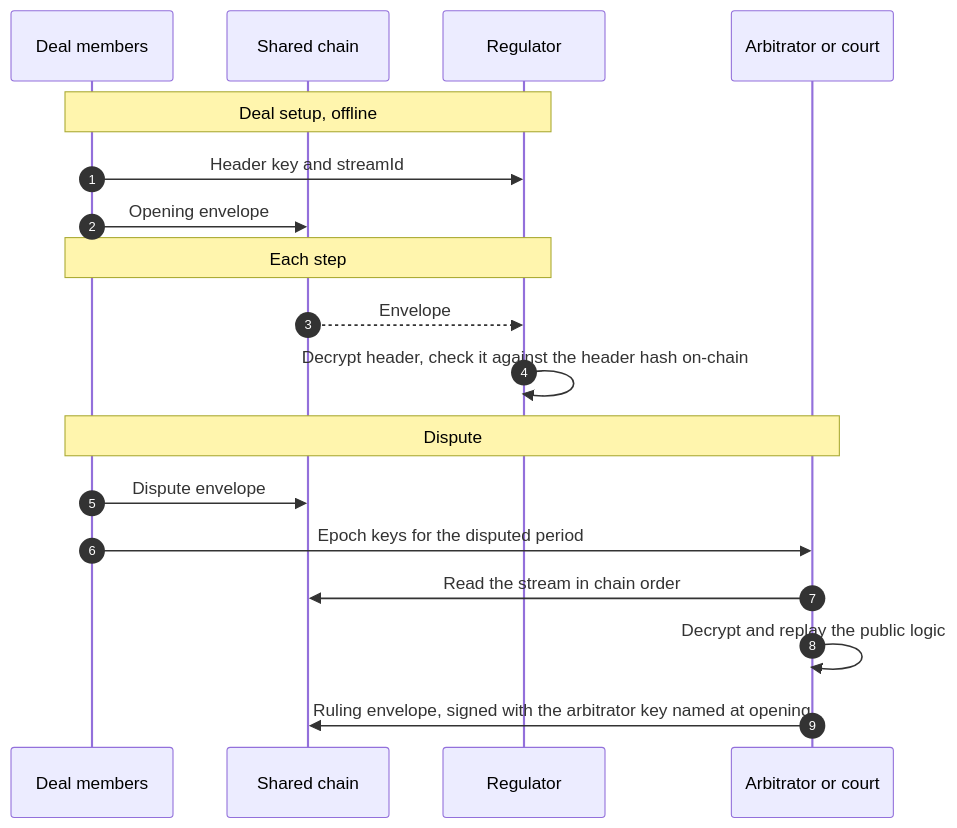
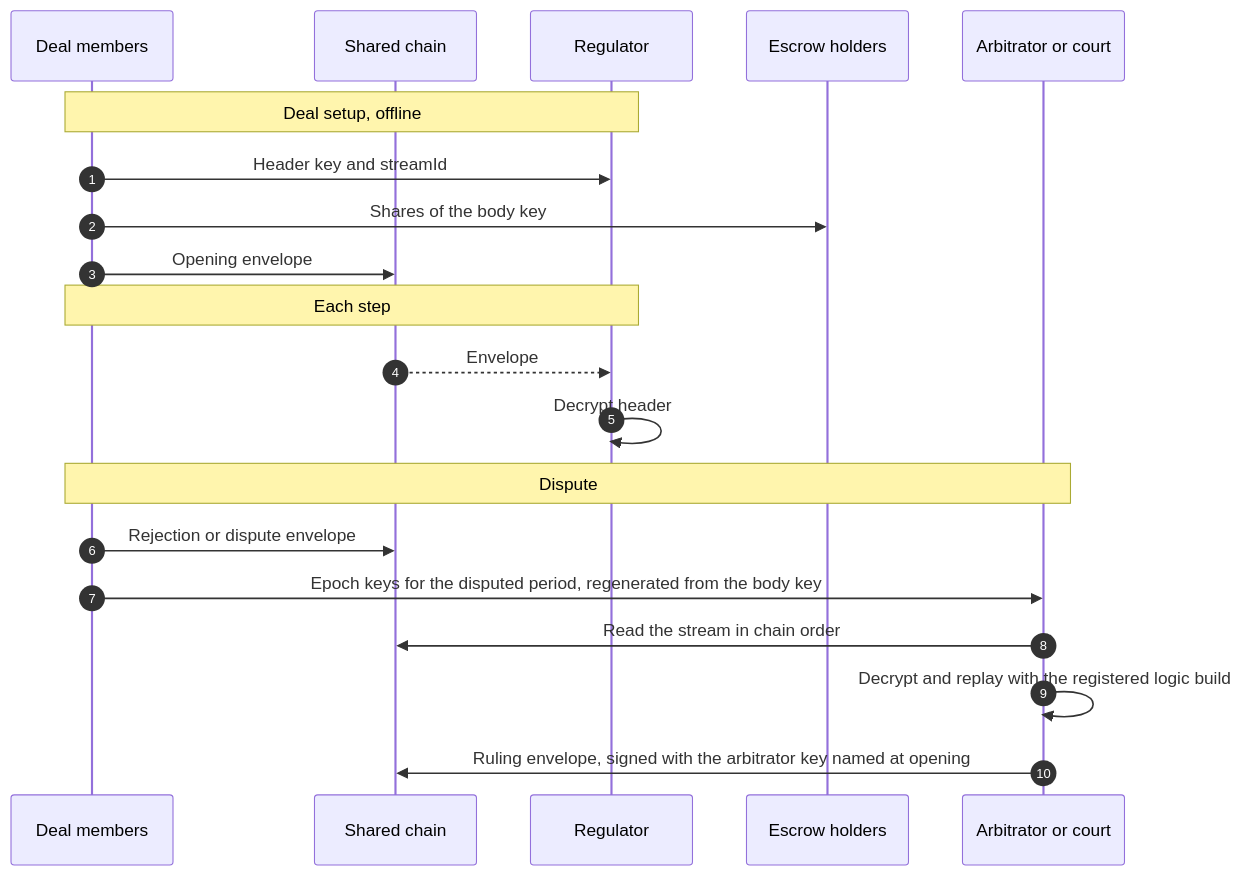
One commit to finos-hack/cdm-collateral changed the eighth of 9 diagrams in docs/architecture/onchain-privacy.md. Above: the diagram before and after it, drawn with Mermaid. The commit also changed other lines of this file, not shown here.

````diff
--- a/docs/architecture/onchain-privacy.md
+++ b/docs/architecture/onchain-privacy.md
@@ -568,22 +608,24 @@
 ```mermaid
 sequenceDiagram
   autonumber
   participant M as Deal members
   participant C as Shared chain
   participant R as Regulator
+  participant E as Escrow holders
   participant X as Arbitrator or court
 
   Note over M,R: Deal setup, offline
   M->>R: Header key and streamId
+  M->>E: Shares of the body key
   M->>C: Opening envelope
   Note over M,R: Each step
   C-->>R: Envelope
-  R->>R: Decrypt header, check it against the header hash on-chain
+  R->>R: Decrypt header
 
   Note over M,X: Dispute
-  M->>C: Dispute envelope
-  M->>X: Epoch keys for the disputed period
+  M->>C: Rejection or dispute envelope
+  M->>X: Epoch keys for the disputed period, regenerated from the body key
   X->>C: Read the stream in chain order
-  X->>X: Decrypt and replay the public logic
+  X->>X: Decrypt and replay with the registered logic build
   X->>C: Ruling envelope, signed with the arbitrator key named at opening
 ```
````
